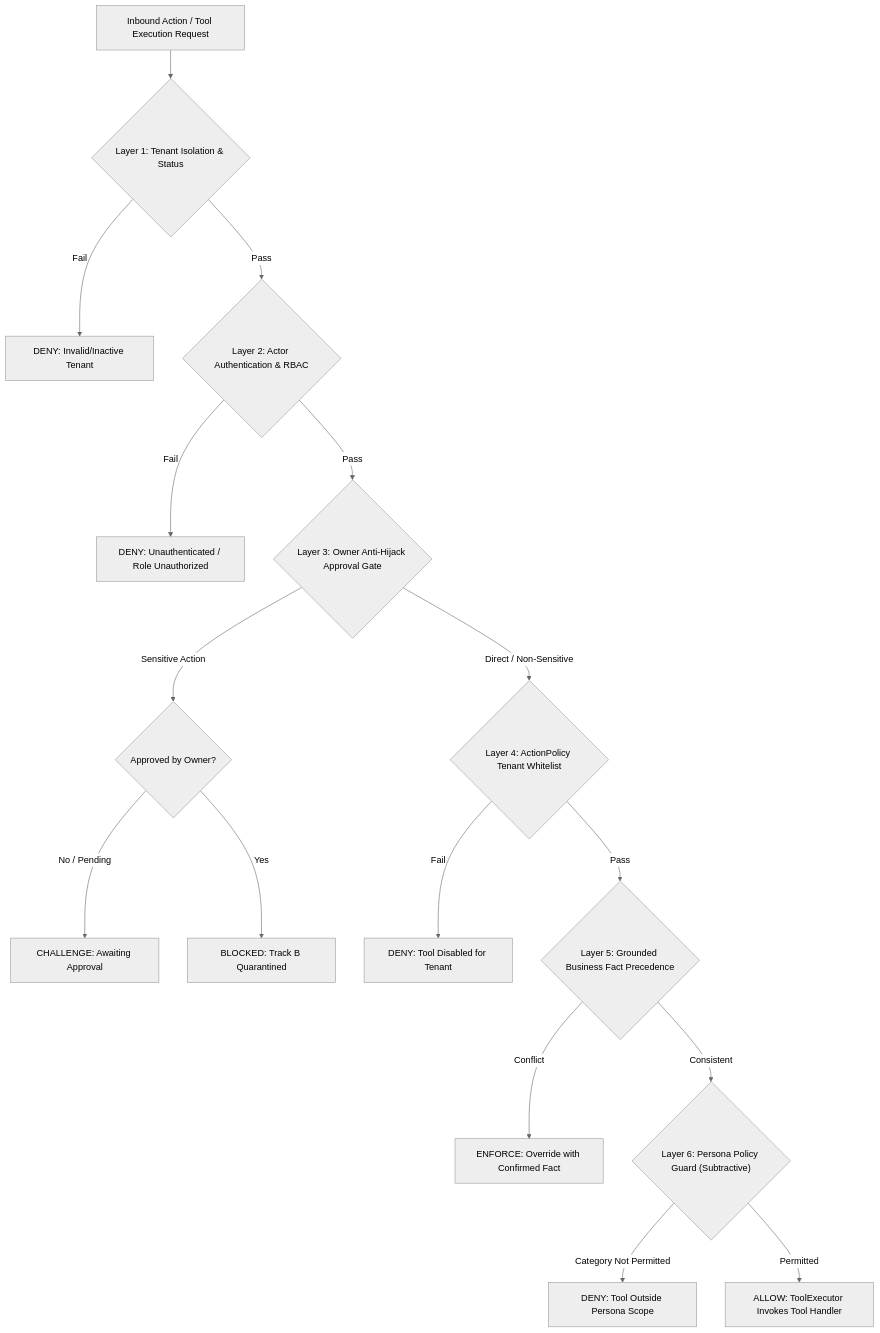
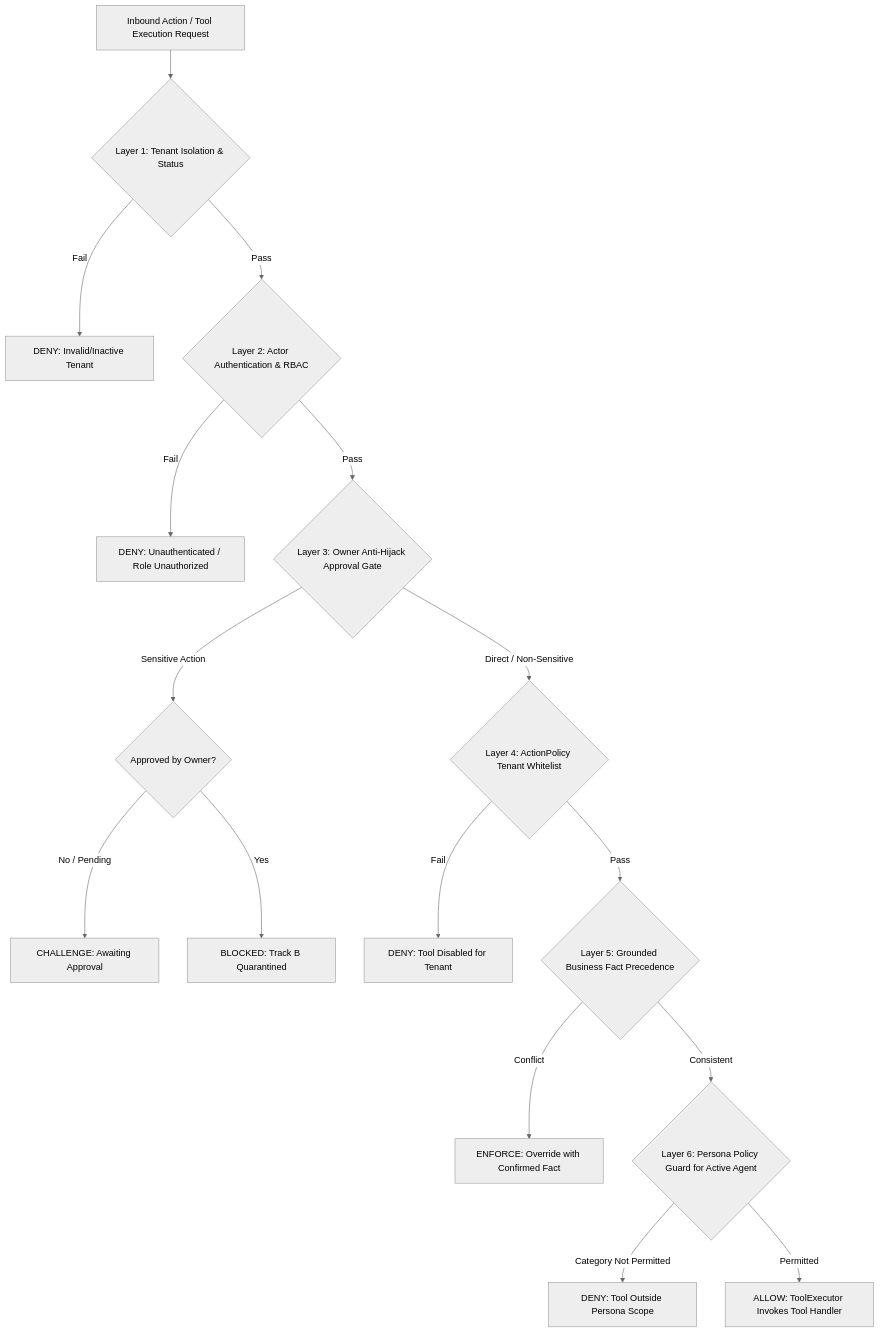
The first of 5 diagrams in docs/audit/phase-5/PHASE_5_PROPOSAL.md (QQYC9/ai-employee-platform), drawn with Mermaid (neutral theme) before and after one commit. The commit also changed other lines of this file and 5 other files, not shown here.

Commit message:
feat(phase-5): implement Stage 5.1 database schema, persona models, and multi-agent bindings

````diff
--- a/docs/audit/phase-5/PHASE_5_PROPOSAL.md
+++ b/docs/audit/phase-5/PHASE_5_PROPOSAL.md
@@ -112,18 +128,18 @@
 ```mermaid
 flowchart TD
     REQ["Inbound Action / Tool Execution Request"] --> L1{"Layer 1: Tenant Isolation & Status"}
     L1 -->|Fail| D1["DENY: Invalid/Inactive Tenant"]
     L1 -->|Pass| L2{"Layer 2: Actor Authentication & RBAC"}
     L2 -->|Fail| D2["DENY: Unauthenticated / Role Unauthorized"]
     L2 -->|Pass| L3{"Layer 3: Owner Anti-Hijack Approval Gate"}
     L3 -->|Sensitive Action| CHK_APP{"Approved by Owner?"}
     CHK_APP -->|No / Pending| HOLD["CHALLENGE: Awaiting Approval"]
     CHK_APP -->|Yes| BLK["BLOCKED: Track B Quarantined"]
     L3 -->|Direct / Non-Sensitive| L4{"Layer 4: ActionPolicy Tenant Whitelist"}
     L4 -->|Fail| D3["DENY: Tool Disabled for Tenant"]
     L4 -->|Pass| L5{"Layer 5: Grounded Business Fact Precedence"}
     L5 -->|Conflict| ADJ["ENFORCE: Override with Confirmed Fact"]
-    L5 -->|Consistent| L6{"Layer 6: Persona Policy Guard (Subtractive)"}
+    L5 -->|Consistent| L6{"Layer 6: Persona Policy Guard for Active Agent"}
     L6 -->|Category Not Permitted| D4["DENY: Tool Outside Persona Scope"]
     L6 -->|Permitted| EXEC["ALLOW: ToolExecutor Invokes Tool Handler"]
 ```
````
